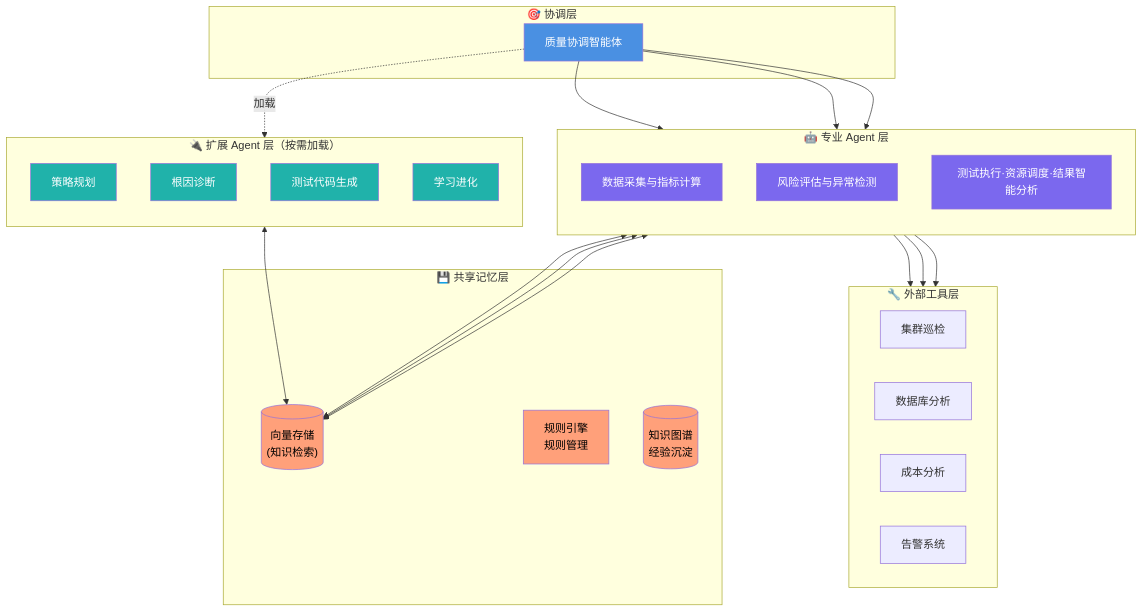
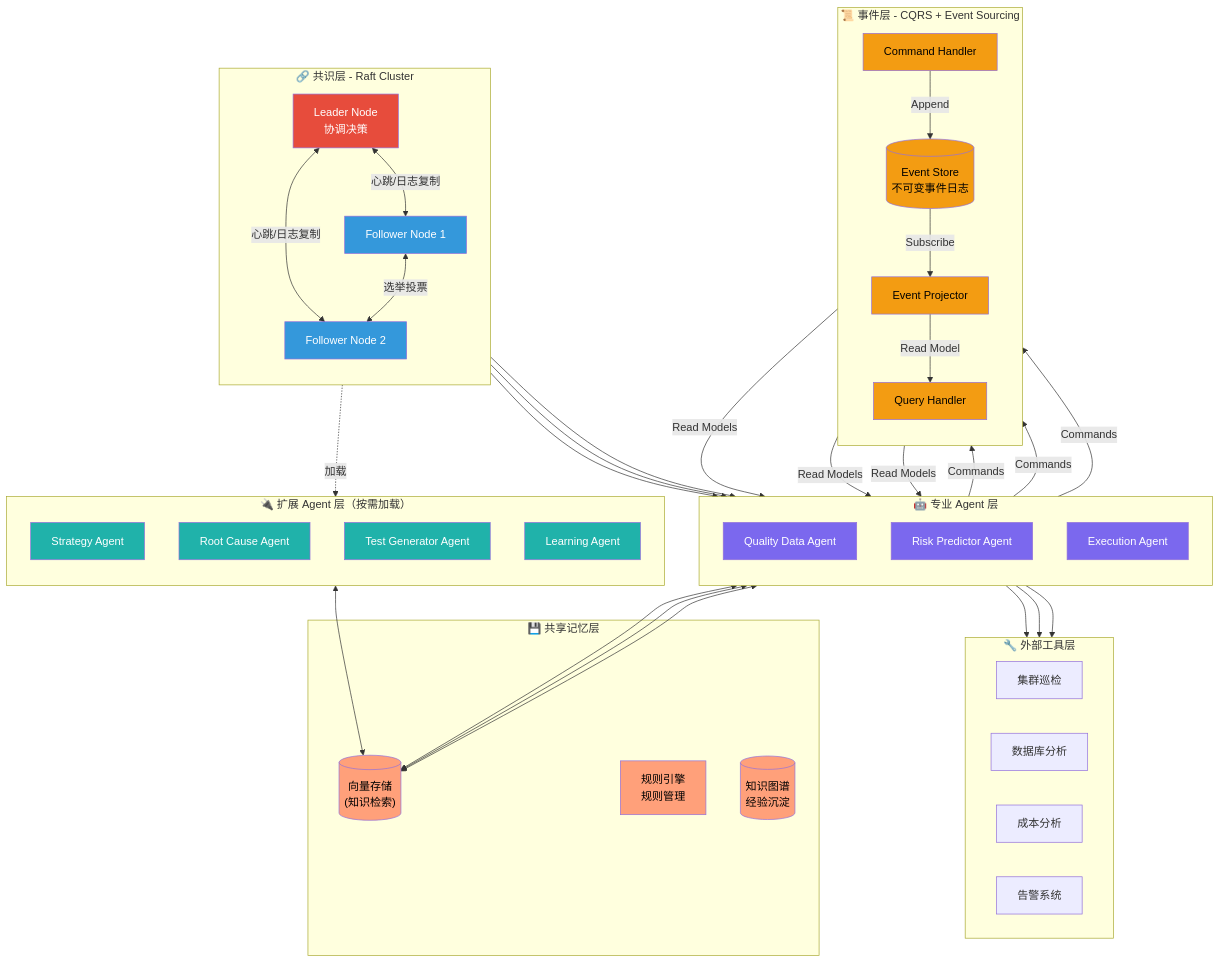
One commit to buhaiqing/ai-testing changed the diagram in AGENTS.md. Above: the diagram before and after it, drawn with Mermaid. The commit also changed other lines of this file and 12 other files, not shown here.

First line of the commit message:
docs: 更新文档架构与术语，新增实施路线图与技能指南

````diff
--- a/AGENTS.md
+++ b/AGENTS.md
@@ -143,22 +211,41 @@
 ```mermaid
 graph TB
-    subgraph 协调层["🎯 协调层"]
-        协调器["质量协调智能体"]
+    subgraph 共识层["🔗 共识层 - Raft Cluster"]
+        direction TB
+        Leader["Leader Node<br/>协调决策"]
+        Follower1["Follower Node 1"]
+        Follower2["Follower Node 2"]
+        
+        Leader <-->|"心跳/日志复制"| Follower1
+        Leader <-->|"心跳/日志复制"| Follower2
+        Follower1 <-->|"选举投票"| Follower2
     end
     
     subgraph 专业Agent层["🤖 专业 Agent 层"]
         direction TB
-        数据Agent["数据采集与指标计算"]
-        风险Agent["风险评估与异常检测"]
-        执行Agent["测试执行·资源调度·结果智能分析"]
+        数据Agent["Quality Data Agent"]
+        风险Agent["Risk Predictor Agent"]
+        执行Agent["Execution Agent"]
     end
     
     subgraph 扩展Agent层["🔌 扩展 Agent 层（按需加载）"]
         direction TB
-        策略Agent["策略规划"]
-        根因Agent["根因诊断"]
-        生成Agent["测试代码生成"]
-        学习Agent["学习进化"]
+        策略Agent["Strategy Agent"]
+        根因Agent["Root Cause Agent"]
+        生成Agent["Test Generator Agent"]
+        学习Agent["Learning Agent"]
+    end
+    
+    subgraph 事件层["📜 事件层 - CQRS + Event Sourcing"]
+        direction TB
+        命令处理器["Command Handler"]
+        事件存储[("Event Store<br/>不可变事件日志")]
+        投影器["Event Projector"]
+        查询处理器["Query Handler"]
+        
+        命令处理器 -->|"Append"| 事件存储
+        事件存储 -->|"Subscribe"| 投影器
+        投影器 -->|"Read Model"| 查询处理器
     end
     
     subgraph 记忆层["💾 共享记忆层"]
@@ -174,10 +261,18 @@
         告警系统["告警系统"]
     end
     
-    协调器 --> 数据Agent
-    协调器 --> 风险Agent
-    协调器 --> 执行Agent
-    协调器 -.加载.-> 扩展Agent层
+    Leader --> 数据Agent
+    Leader --> 风险Agent
+    Leader --> 执行Agent
+    Leader -.加载.-> 扩展Agent层
+    
+    数据Agent -->|"Commands"| 命令处理器
+    风险Agent -->|"Commands"| 命令处理器
+    执行Agent -->|"Commands"| 命令处理器
+    
+    查询处理器 -->|"Read Models"| 数据Agent
+    查询处理器 -->|"Read Models"| 风险Agent
+    查询处理器 -->|"Read Models"| 执行Agent
     
     数据Agent <--> 向量存储
     风险Agent <--> 向量存储
@@ -188,7 +283,9 @@
     风险Agent --> 工具层
     执行Agent --> 工具层
     
-    style 协调器 fill:#4A90E2,color:#fff
+    style Leader fill:#E74C3C,color:#fff
+    style Follower1 fill:#3498DB,color:#fff
+    style Follower2 fill:#3498DB,color:#fff
     style 数据Agent fill:#7B68EE,color:#fff
     style 风险Agent fill:#7B68EE,color:#fff
     style 执行Agent fill:#7B68EE,color:#fff
@@ -196,6 +293,10 @@
     style 根因Agent fill:#20B2AA,color:#fff
     style 生成Agent fill:#20B2AA,color:#fff
     style 学习Agent fill:#20B2AA,color:#fff
+    style 事件存储 fill:#F39C12,color:#000
+    style 命令处理器 fill:#F39C12,color:#000
+    style 投影器 fill:#F39C12,color:#000
+    style 查询处理器 fill:#F39C12,color:#000
     style 向量存储 fill:#FFA07A,color:#000
     style 规则引擎 fill:#FFA07A,color:#000
     style 知识图谱 fill:#FFA07A,color:#000
````
